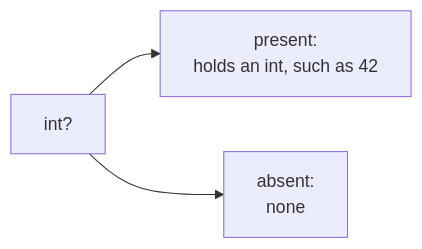
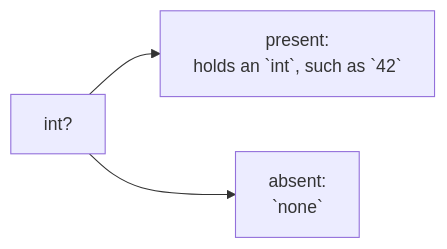
The diagram in content/docs/1.learn/08.optionals/01.optional.md (rux-lang/Web), drawn with Mermaid before and after one commit. The commit also changed 187 other files, not shown here.

First line of the commit message:
Draw the Learn diagrams for phones, with code in the mono face

````diff
--- a/content/docs/1.learn/08.optionals/01.optional.md
+++ b/content/docs/1.learn/08.optionals/01.optional.md
@@ -29,5 +29,5 @@
 ```mermaid
 flowchart LR
-    opt["int?"] --> some["present:<br/>holds an int, such as 42"]
-    opt --> none["absent:<br/>none"]
+    opt["`int?`"] --> some["present:<br/>holds an `int`, such as `42`"]
+    opt --> none["absent:<br/>`none`"]
 ```
````
